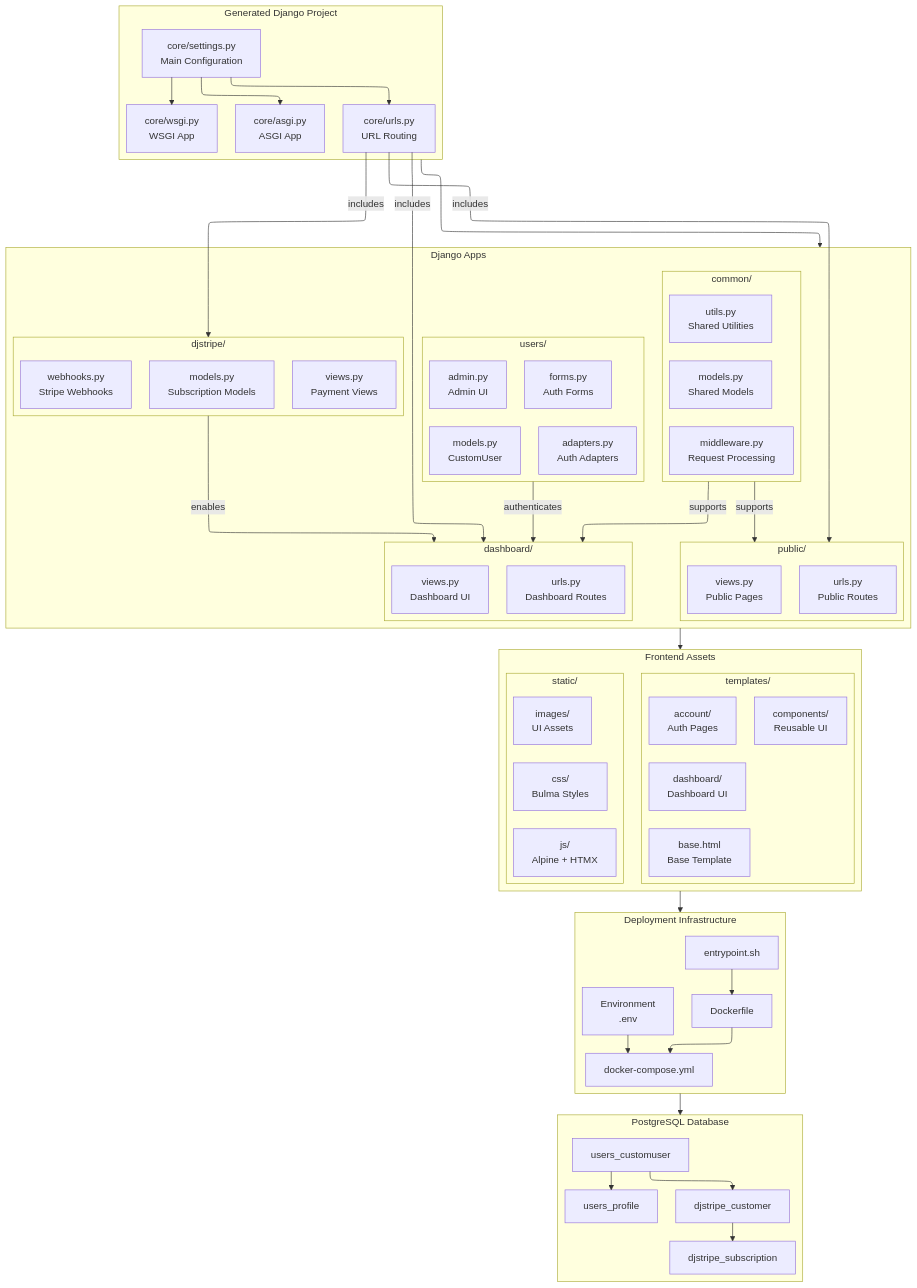
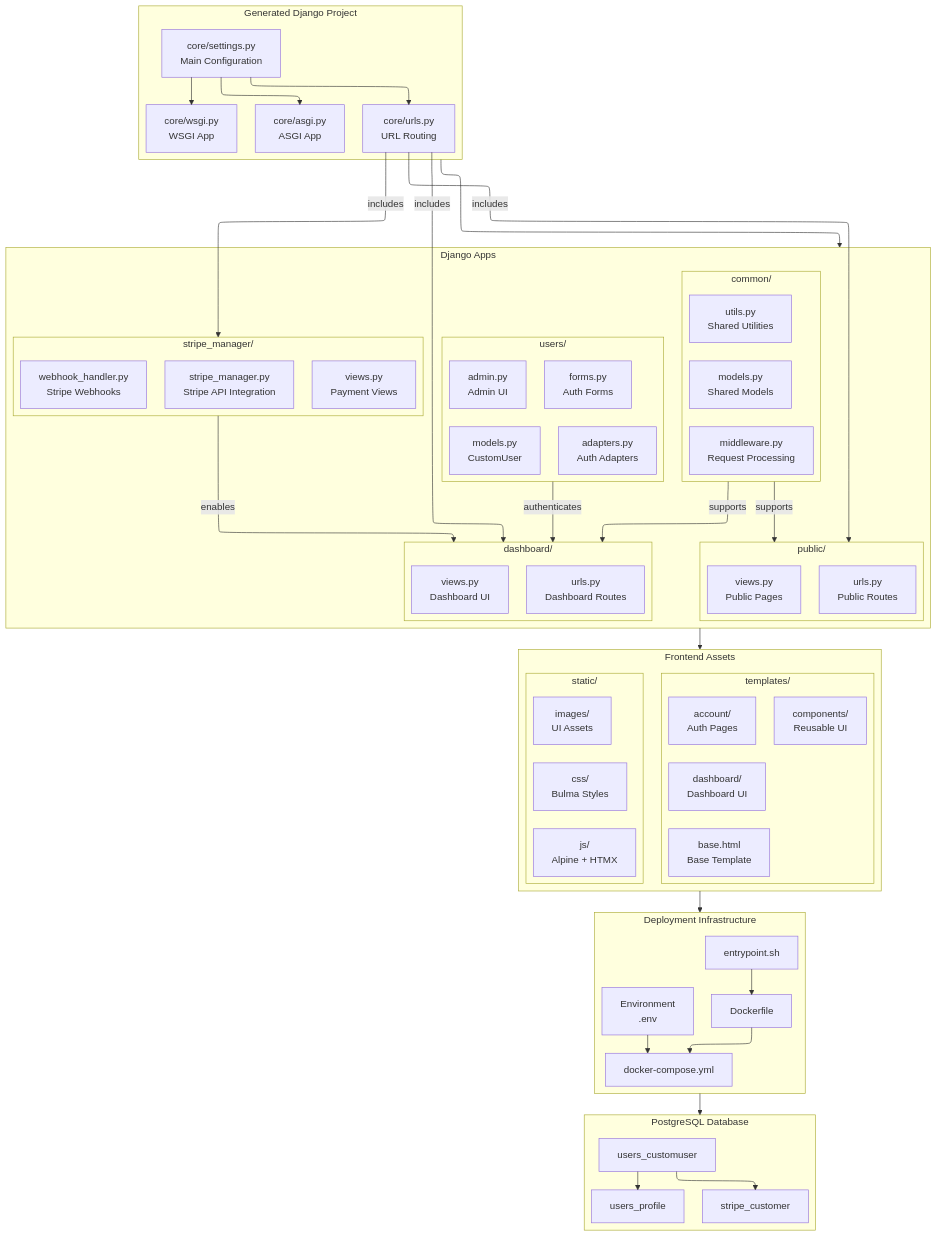
One commit to Experto-AI/quickscale changed the second of 7 diagrams in TECHNICAL_DOCS.md. Above: the diagram before and after it, drawn with Mermaid. The commit also changed other lines of this file and 105 other files, not shown here.

First line of the commit message:
v0.9.0 feat: Migrate to official Stripe API and implement plan synchronization

```diff
--- a/TECHNICAL_DOCS.md
+++ b/TECHNICAL_DOCS.md
@@ -223,11 +222,11 @@
         dash_views["views.py<br>Dashboard UI"]
         dash_urls["urls.py<br>Dashboard Routes"]
   end
- subgraph Payments["djstripe/"]
+ subgraph Payments["stripe_manager/"]
     direction TB
-        payment_models["models.py<br>Subscription Models"]
+        payment_models["stripe_manager.py<br>Stripe API Integration"]
         payment_views["views.py<br>Payment Views"]
-        webhook["webhooks.py<br>Stripe Webhooks"]
+        webhook["webhook_handler.py<br>Stripe Webhooks"]
   end
  subgraph Apps["Django Apps"]
     direction TB
@@ -266,15 +265,13 @@
     direction TB
         users_table["users_customuser"]
         profile_table["users_profile"]
-        subscription_table["djstripe_subscription"]
-        customer_table["djstripe_customer"]
+        stripe_customer_table["stripe_customer"]
   end
     settings --> urls & wsgi & asgi
     dockerfile --> compose
     env --> compose
     entrypoint --> dockerfile
-    users_table --> profile_table & customer_table
-    customer_table --> subscription_table
+    users_table --> profile_table & stripe_customer_table
     Django --> Apps
     Apps --> Frontend
     Frontend --> Infrastructure
```
